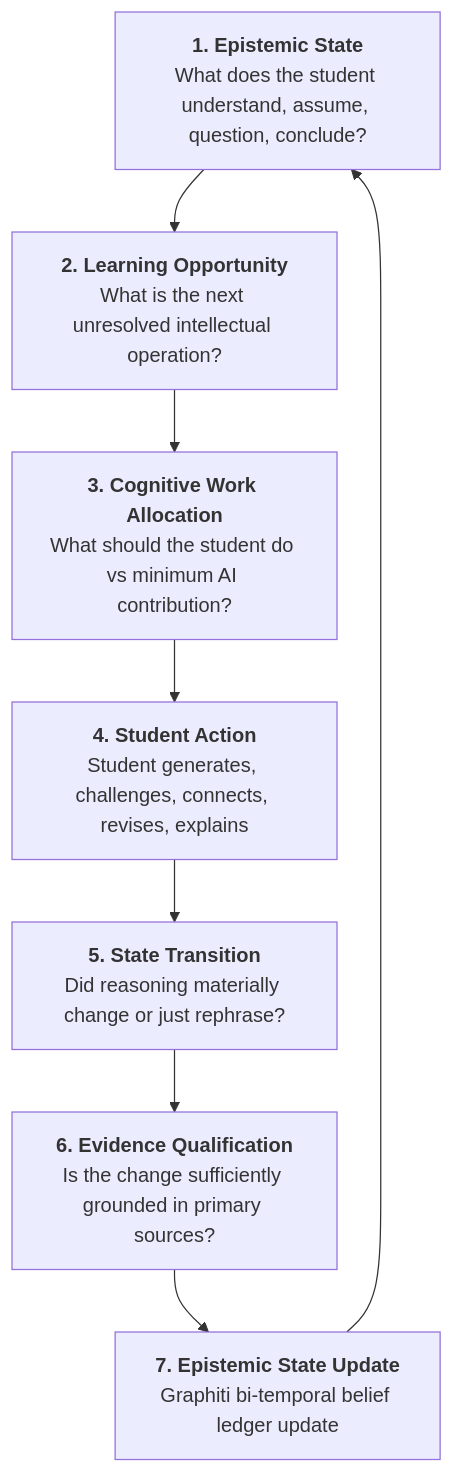
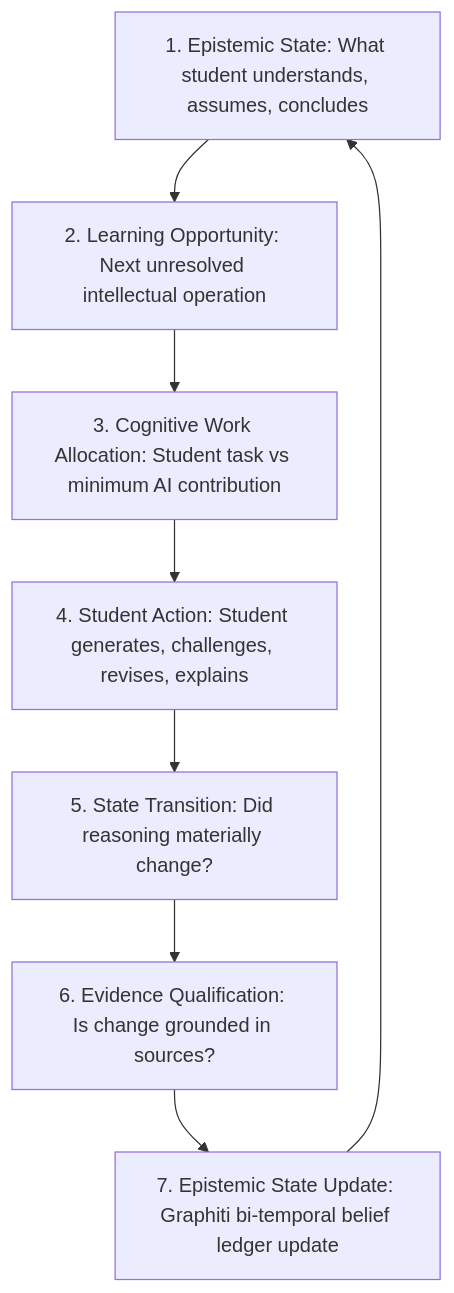
One commit to Mister-kaushalam/fiosra changed the diagram in views/10_epistemic_learning_loop_and_marginalia.md. Above: the diagram before and after it, drawn with Mermaid. The commit also changed 1 other file, not shown here.

Commit message:
fix(docs): resolve mermaid parse error by removing invalid colon label on terminal state in spec 09 and sanitizing spec 10

````diff
--- a/views/10_epistemic_learning_loop_and_marginalia.md
+++ b/views/10_epistemic_learning_loop_and_marginalia.md
@@ -41,10 +41,10 @@
 ```mermaid
-graph TD
-    A["<b>1. Epistemic State</b><br>What does the student understand, assume, question, conclude?"] --> B["<b>2. Learning Opportunity</b><br>What is the next unresolved intellectual operation?"]
-    B --> C["<b>3. Cognitive Work Allocation</b><br>What should the student do vs minimum AI contribution?"]
-    C --> D["<b>4. Student Action</b><br>Student generates, challenges, connects, revises, explains"]
-    D --> E["<b>5. State Transition</b><br>Did reasoning materially change or just rephrase?"]
-    E --> F["<b>6. Evidence Qualification</b><br>Is the change sufficiently grounded in primary sources?"]
-    F --> G["<b>7. Epistemic State Update</b><br>Graphiti bi-temporal belief ledger update"]
+flowchart TD
+    A["1. Epistemic State: What student understands, assumes, concludes"] --> B["2. Learning Opportunity: Next unresolved intellectual operation"]
+    B --> C["3. Cognitive Work Allocation: Student task vs minimum AI contribution"]
+    C --> D["4. Student Action: Student generates, challenges, revises, explains"]
+    D --> E["5. State Transition: Did reasoning materially change?"]
+    E --> F["6. Evidence Qualification: Is change grounded in sources?"]
+    F --> G["7. Epistemic State Update: Graphiti bi-temporal belief ledger update"]
     G --> A
 ```
````
